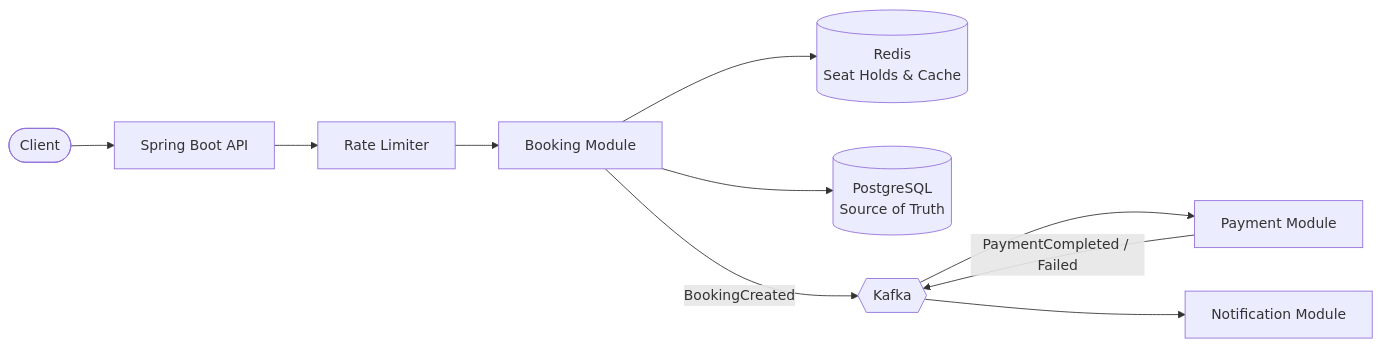
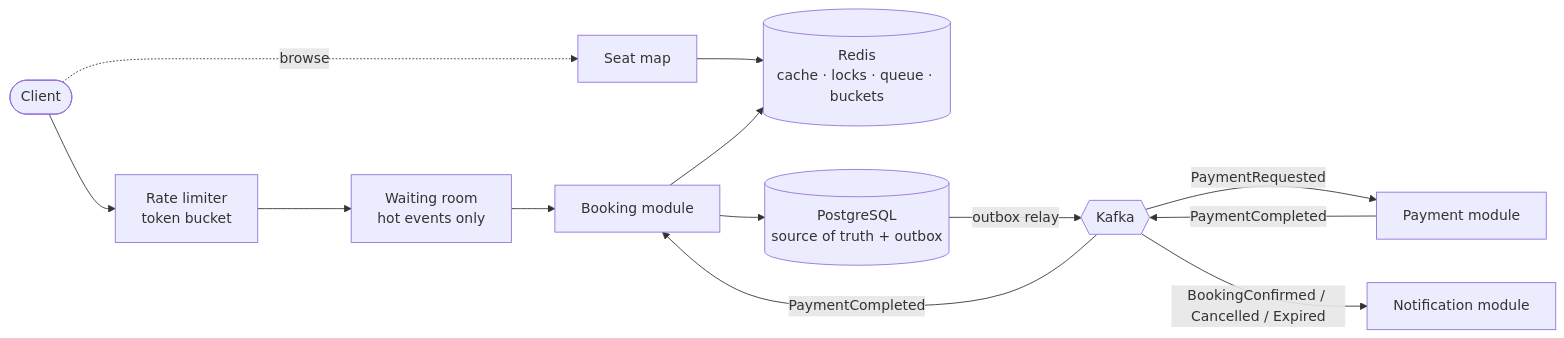
The diagram in README.md (HemashreeVI/SeatLock), drawn with Mermaid before and after one commit. The commit also changed other lines of this file and 20 other files, not shown here.

````diff
--- a/README.md
+++ b/README.md
@@ -45,12 +47,15 @@
 ```mermaid
 flowchart LR
-    Client([Client]) --> API[Spring Boot API]
-    API --> RL[Rate Limiter]
-    RL --> Booking[Booking Module]
-    Booking --> Redis[(Redis<br/>Seat Holds & Cache)]
-    Booking --> PG[(PostgreSQL<br/>Source of Truth)]
-    Booking -- BookingCreated --> Kafka{{Kafka}}
-    Kafka --> Payment[Payment Module]
-    Payment -- PaymentCompleted / Failed --> Kafka
-    Kafka --> Notify[Notification Module]
+    Client([Client]) --> RL[Rate limiter<br/>token bucket]
+    RL --> Q[Waiting room<br/>hot events only]
+    Q --> Booking[Booking module]
+    Client -. browse .-> Seats[Seat map]
+    Seats --> Redis[(Redis<br/>cache · locks · queue · buckets)]
+    Booking --> Redis
+    Booking --> PG[(PostgreSQL<br/>source of truth + outbox)]
+    PG -- outbox relay --> Kafka{{Kafka}}
+    Kafka -- PaymentRequested --> Payment[Payment module]
+    Payment -- PaymentCompleted --> Kafka
+    Kafka -- PaymentCompleted --> Booking
+    Kafka -- BookingConfirmed / Cancelled / Expired --> Notify[Notification module]
 ```
````
